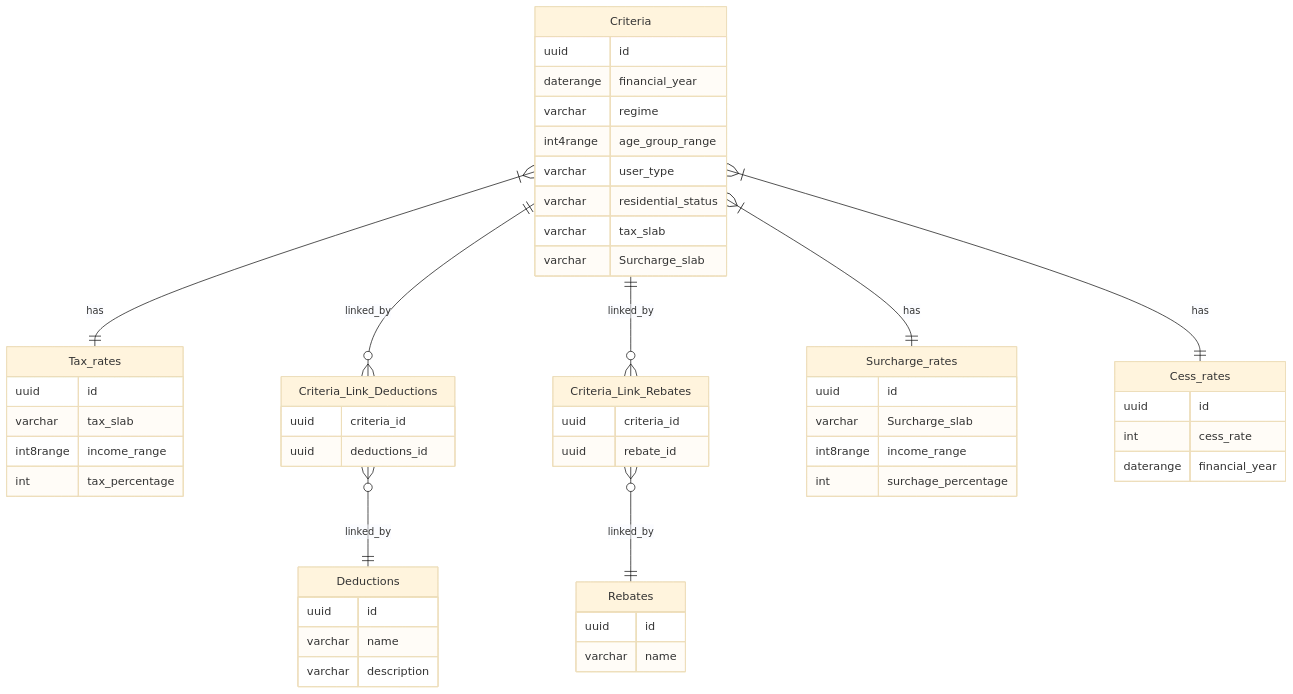
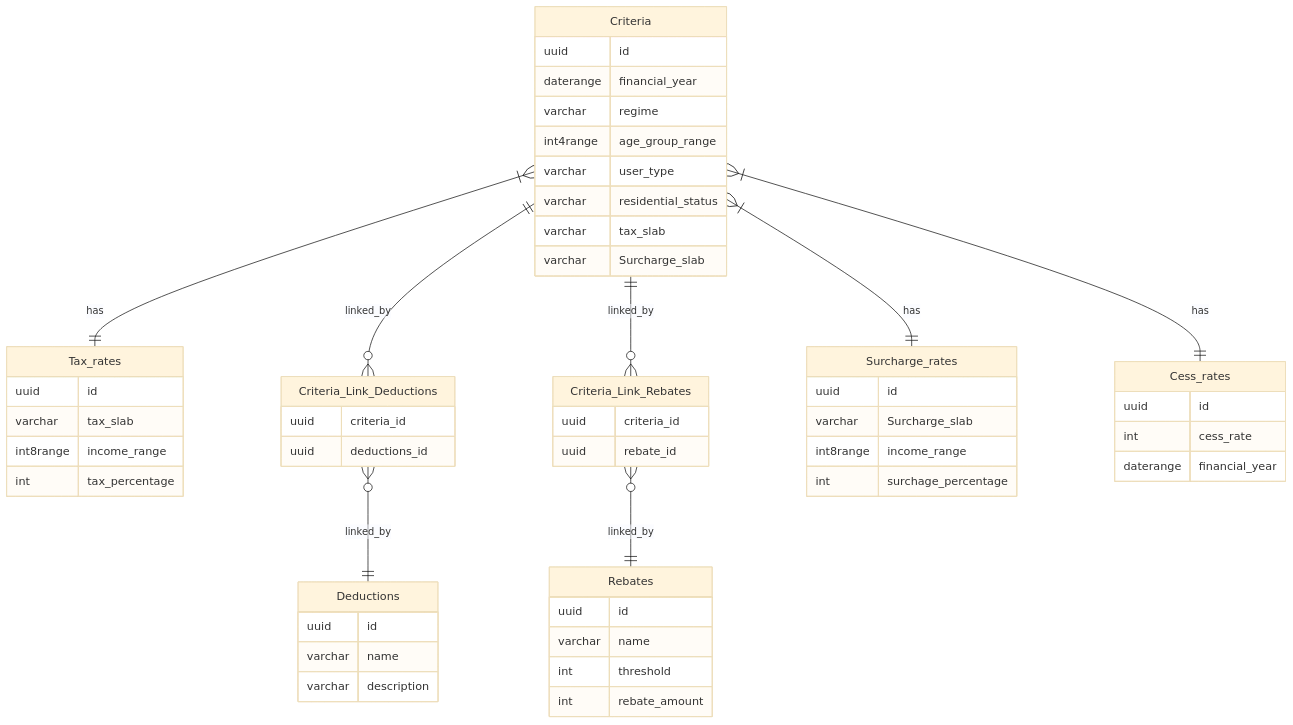
Before and after one commit to divyanshu1593/tax-calculator: the diagram in database_erDiagram.mmd, drawn with Mermaid (base theme). The commit also changed 14 other files, not shown here.

```diff
--- a/database_erDiagram.mmd
+++ b/database_erDiagram.mmd
@@ -1,64 +1,66 @@
 erDiagram
     Criteria {
         uuid id
         daterange financial_year
         varchar regime
         int4range age_group_range
         varchar user_type
         varchar residential_status
         varchar tax_slab
         varchar Surcharge_slab
     }
 
     Criteria }|--|| Tax_rates: has
 
     Deductions {
         uuid id
         varchar name
         varchar description
     }
 
     Criteria_Link_Deductions {
         uuid criteria_id
         uuid deductions_id
     }
 
     Criteria ||--o{ Criteria_Link_Deductions: linked_by
     Criteria_Link_Deductions }o--|| Deductions: linked_by
 
     Tax_rates {
         uuid id
         varchar tax_slab
         int8range income_range
         int tax_percentage
     }
 
     Rebates {
         uuid id
         varchar name
+        int threshold
+        int rebate_amount
     }
 
     Criteria_Link_Rebates {
         uuid criteria_id
         uuid rebate_id
     }
 
     Criteria ||--o{ Criteria_Link_Rebates: linked_by
     Criteria_Link_Rebates }o--|| Rebates: linked_by
 
     Surcharge_rates {
         uuid id
         varchar Surcharge_slab
         int8range income_range
         int surchage_percentage
     }
 
     Criteria }|--|| Surcharge_rates: has
 
     Cess_rates {
         uuid id
         int cess_rate
         daterange financial_year
     }
 
     Criteria }|--|| Cess_rates: has
```
